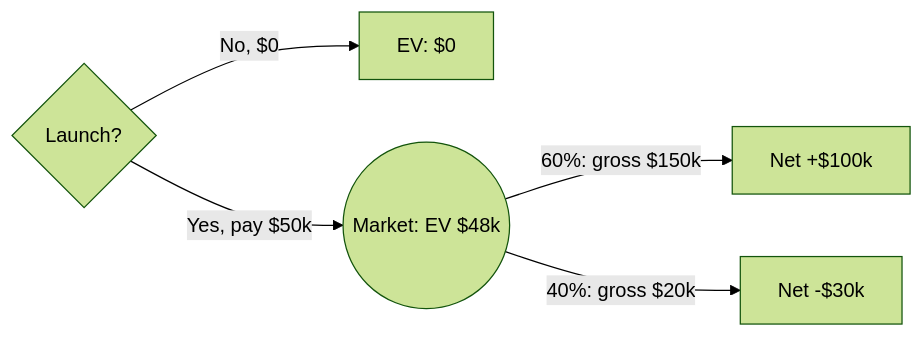
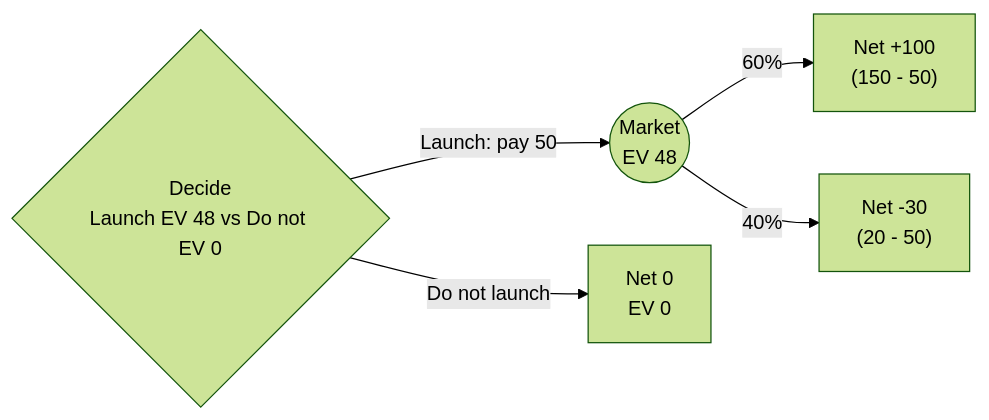
The diagram in eval/figure/generated/haiku/b-decision-tree.md (vrevolverrr/vicher), drawn with Mermaid (forest theme) before and after one commit. The commit also changed other lines of this file and 105 other files, not shown here.

Commit message:
test(eval): regenerate the figure replies with groups and states

````diff
--- a/eval/figure/generated/haiku/b-decision-tree.md
+++ b/eval/figure/generated/haiku/b-decision-tree.md
@@ -5,7 +7,7 @@
 ```mermaid
 flowchart LR
-  D{Launch?} -->|No, $0| N["EV: $0"]
-  D -->|Yes, pay $50k| C(("Market: EV $48k"))
-  C -->|"60%: gross $150k"| S["Net +$100k"]
-  C -->|"40%: gross $20k"| F["Net -$30k"]
+    D{"Decide<br/>Launch EV 48 vs Do not EV 0"} -->|"Launch: pay 50"| C(("Market<br/>EV 48"))
+    D -->|"Do not launch"| N["Net 0<br/>EV 0"]
+    C -->|"60%"| A["Net +100<br/>(150 - 50)"]
+    C -->|"40%"| B["Net -30<br/>(20 - 50)"]
 ```
````
